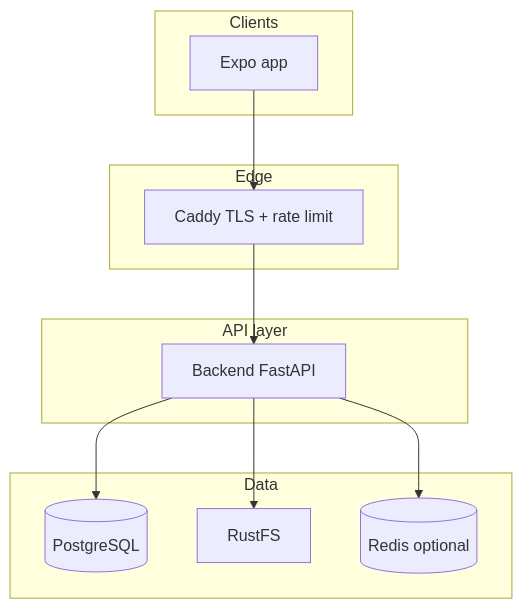
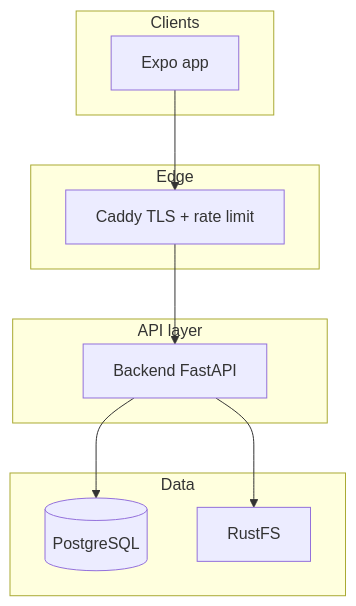
The first of 2 diagrams in README.md (durozen-technologies/Duro_POS), drawn with Mermaid before and after one commit. The commit also changed other lines of this file and 33 other files, not shown here.

````diff
--- a/README.md
+++ b/README.md
@@ -34,25 +33,23 @@
 ```mermaid
 flowchart TB
   subgraph clients [Clients]
     Mobile[Expo app]
   end
 
   subgraph edge [Edge]
     Caddy[Caddy TLS + rate limit]
   end
 
   subgraph api [API layer]
     BE[Backend FastAPI]
   end
 
   subgraph data [Data]
     PG[(PostgreSQL)]
     RF[RustFS]
-    RD[(Redis optional)]
   end
 
   Mobile --> Caddy --> BE
   BE --> PG
   BE --> RF
-  BE --> RD
 ```
````
